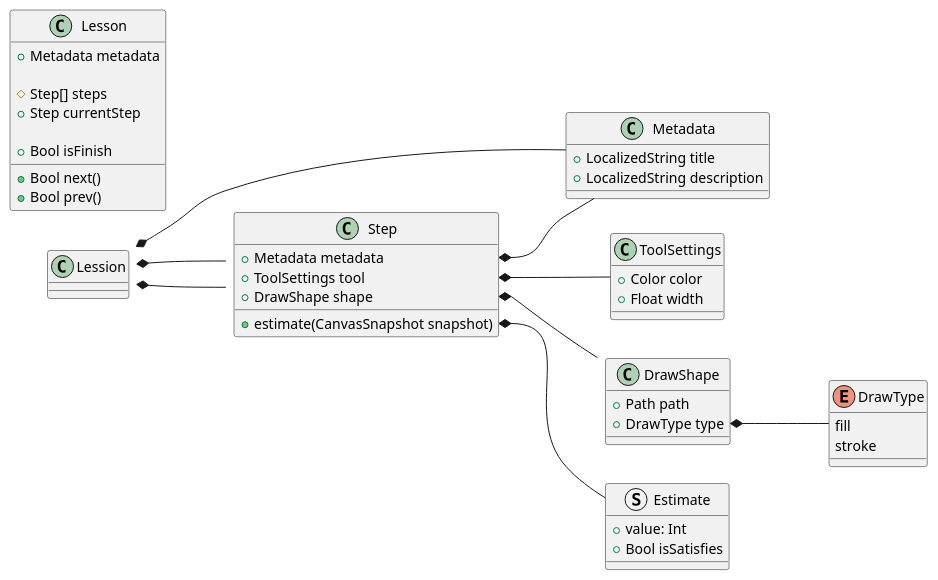
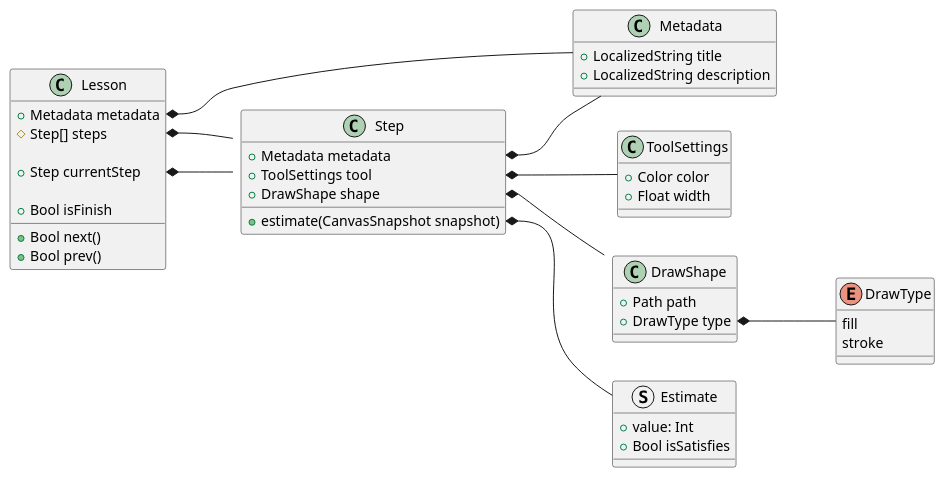
The diagram in Docs/ClassDiagram.puml (vitali-kurlovich/Demo-PencilKit), drawn with PlantUML before and after one commit.

```diff
--- a/Docs/ClassDiagram.puml
+++ b/Docs/ClassDiagram.puml
@@ -1,65 +1,65 @@
 @startuml
 left to right direction
 
 class Metadata {
 + LocalizedString title
 + LocalizedString description
 }
 
 
 struct Estimate {
 + value: Int
 + Bool isSatisfies
 }
 
 
 class ToolSettings {
 + Color color
 + Float width
 }
 
 enum DrawType {
     fill
     stroke
 }
 
 class DrawShape {
 + Path path
 + DrawType type
 }
 
 class Step {
 + Metadata metadata
 + ToolSettings tool
 + DrawShape shape
 
 + estimate(CanvasSnapshot snapshot)
 }
 
 
 class Lesson {
 + Metadata metadata
+# Step[] steps
 
-# Step[] steps
 + Step currentStep
 
 + Bool isFinish
 
 + Bool next()
 + Bool prev()
 
 }
 
 
 DrawShape::type *-- DrawType
 
 Step::metadata *-- Metadata
 Step::tool *-- ToolSettings
 Step::shape *-- DrawShape
 Step::estimate *-- Estimate
 
-Lession::metadata *-- Metadata
-Lession::steps *-- Step
-Lession::currentStep *-- Step
+Lesson::metadata *-- Metadata
+Lesson::steps *-- Step
+Lesson::currentStep *-- Step
 
 @enduml
```
